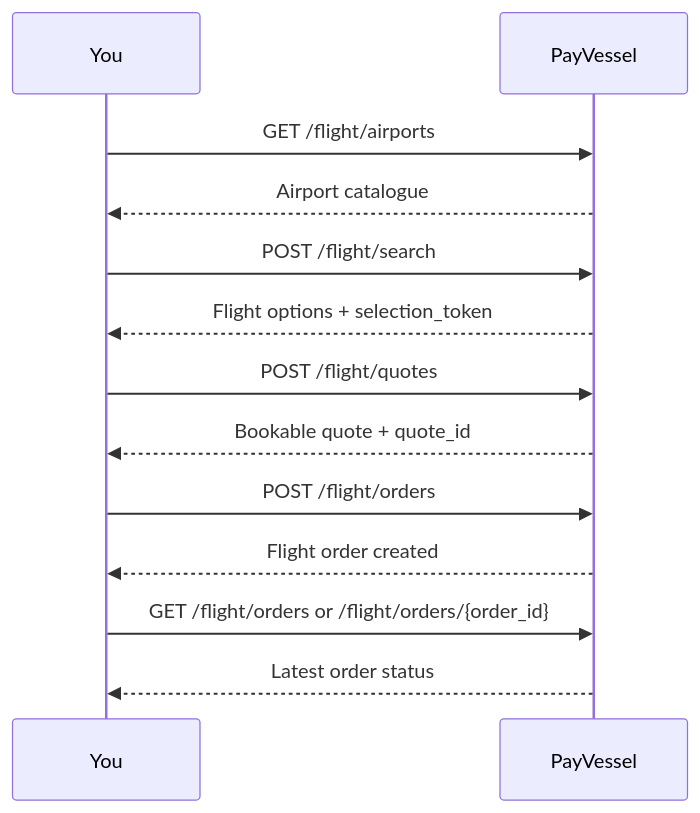
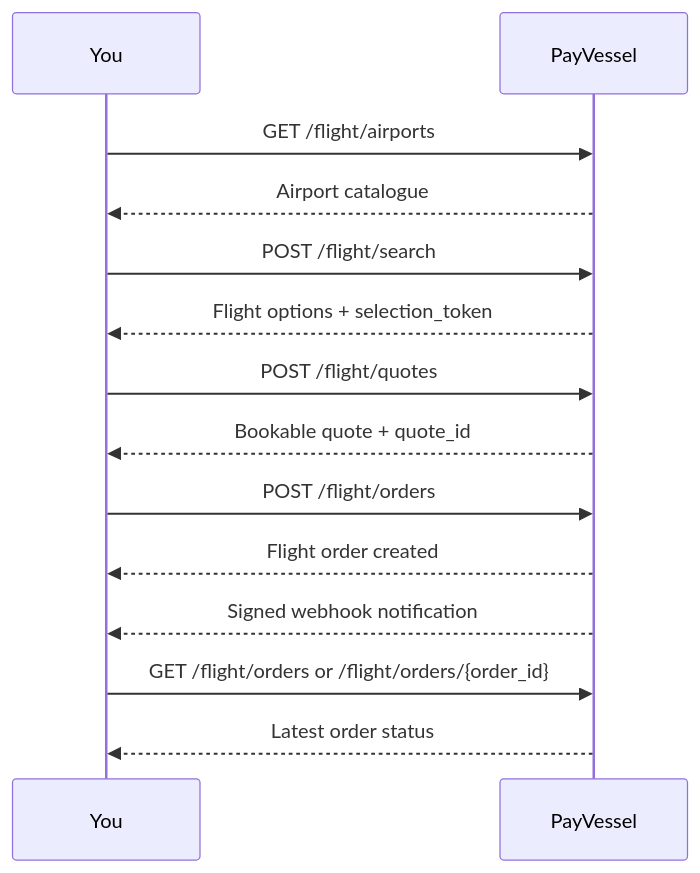
One commit to Nex-Panther-Technologies-Ltd/payvessel-docs changed the diagram in flight/overview.mdx. Above: the diagram before and after it, drawn with Mermaid. The commit also changed other lines of this file and 3 other files, not shown here.

````diff
--- a/flight/overview.mdx
+++ b/flight/overview.mdx
@@ -27,20 +28,22 @@
 ```mermaid
 sequenceDiagram
     participant You
     participant PayVessel
 
     You->>PayVessel: GET /flight/airports
     PayVessel-->>You: Airport catalogue
 
     You->>PayVessel: POST /flight/search
     PayVessel-->>You: Flight options + selection_token
 
     You->>PayVessel: POST /flight/quotes
     PayVessel-->>You: Bookable quote + quote_id
 
     You->>PayVessel: POST /flight/orders
     PayVessel-->>You: Flight order created
 
+    PayVessel-->>You: Signed webhook notification
+
     You->>PayVessel: GET /flight/orders or /flight/orders/{order_id}
     PayVessel-->>You: Latest order status
 ```
````
